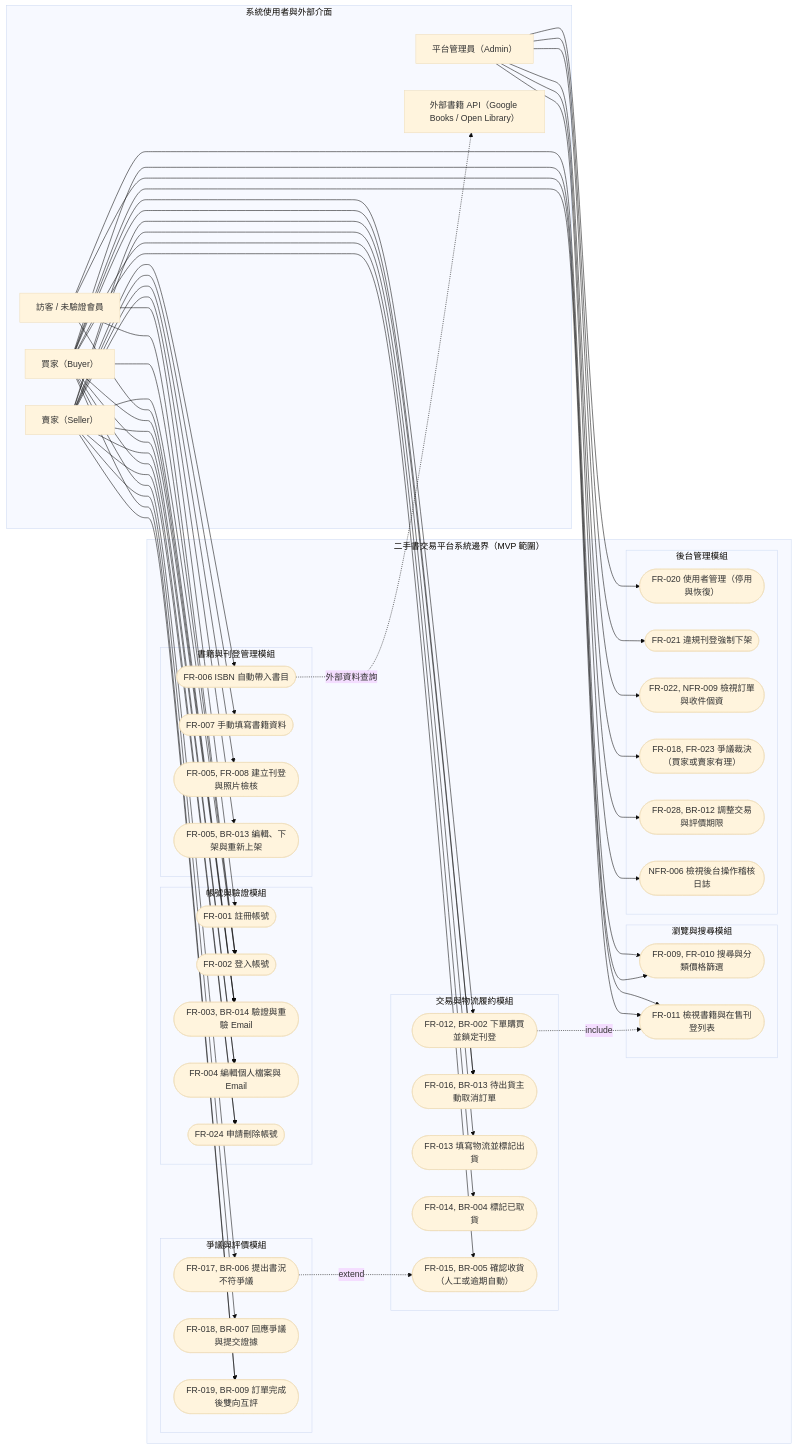
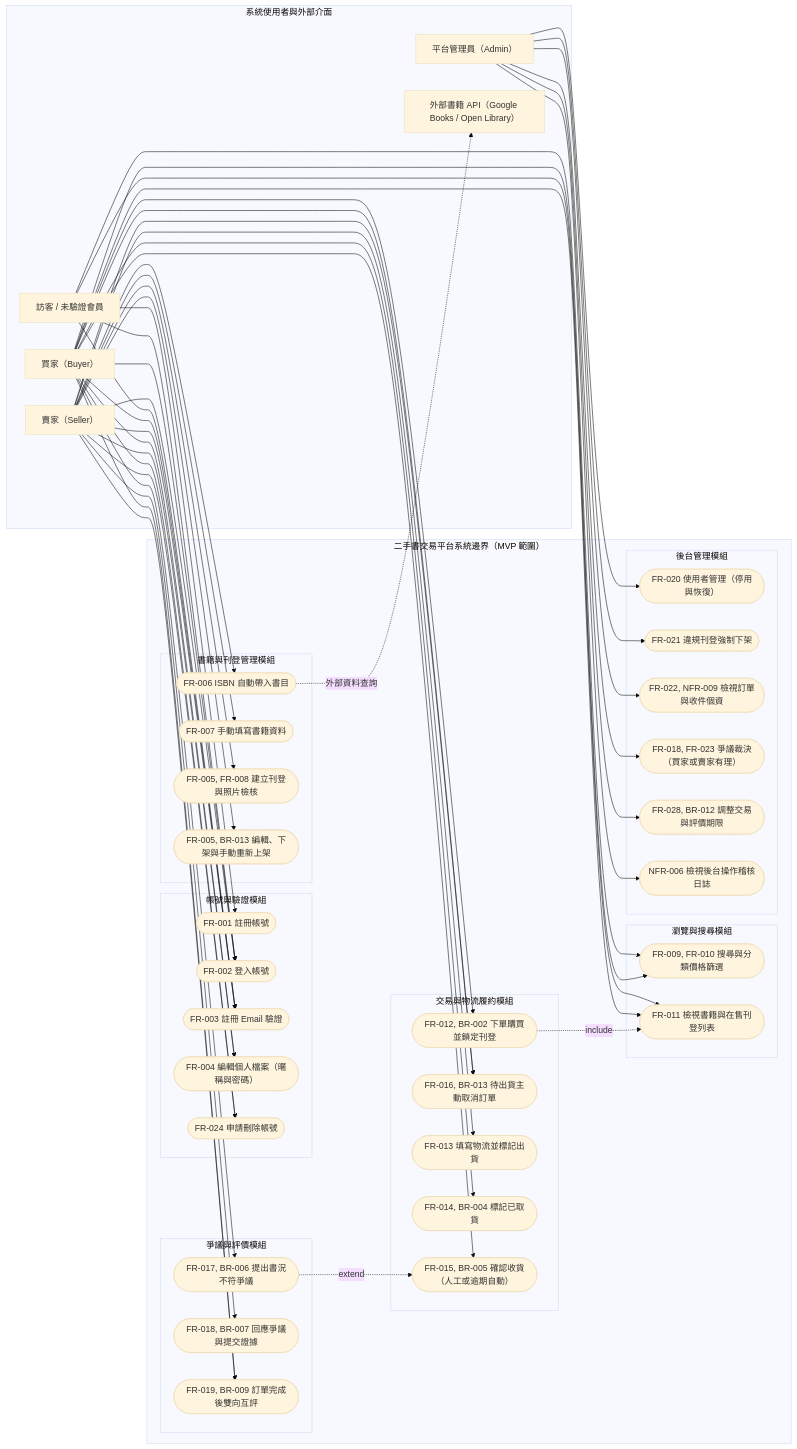
One commit to hsiang051/NTUST-SE-Project changed the diagram in docs/uml/01_use_case_diagram.mmd. Above: the diagram before and after it, drawn with Mermaid (base theme). The commit also changed 5 other files, not shown here.

First line of the commit message:
docs: 更新二手書交易平台 UML 架構規格文件至 v1.1

```diff
--- a/docs/uml/01_use_case_diagram.mmd
+++ b/docs/uml/01_use_case_diagram.mmd
@@ -1,99 +1,99 @@
 flowchart LR
     %% Actors 定義
     subgraph Actors ["系統使用者與外部介面"]
         Guest["訪客 / 未驗證會員"]
         Buyer["買家（Buyer）"]
         Seller["賣家（Seller）"]
         Admin["平台管理員（Admin）"]
         BookAPI["外部書籍 API（Google Books / Open Library）"]
     end
 
     %% System Boundary 定義
     subgraph SystemBoundary ["二手書交易平台系統邊界（MVP 範圍）"]
         subgraph AccountModule ["帳號與驗證模組"]
             UC01(["FR-001 註冊帳號"])
             UC02(["FR-002 登入帳號"])
-            UC03(["FR-003, BR-014 驗證與重驗 Email"])
-            UC04(["FR-004 編輯個人檔案與 Email"])
+            UC03(["FR-003 註冊 Email 驗證"])
+            UC04(["FR-004 編輯個人檔案（暱稱與密碼）"])
             UC05(["FR-024 申請刪除帳號"])
         end
 
         subgraph BrowseModule ["瀏覽與搜尋模組"]
             UC06(["FR-009, FR-010 搜尋與分類價格篩選"])
             UC07(["FR-011 檢視書籍與在售刊登列表"])
         end
 
         subgraph ListingModule ["書籍與刊登管理模組"]
             UC08(["FR-006 ISBN 自動帶入書目"])
             UC09(["FR-007 手動填寫書籍資料"])
             UC10(["FR-005, FR-008 建立刊登與照片檢核"])
-            UC11(["FR-005, BR-013 編輯、下架與重新上架"])
+            UC11(["FR-005, BR-013 編輯、下架與手動重新上架"])
         end
 
         subgraph OrderModule ["交易與物流履約模組"]
             UC12(["FR-012, BR-002 下單購買並鎖定刊登"])
             UC13(["FR-016, BR-013 待出貨主動取消訂單"])
             UC14(["FR-013 填寫物流並標記出貨"])
             UC15(["FR-014, BR-004 標記已取貨"])
             UC16(["FR-015, BR-005 確認收貨（人工或逾期自動）"])
         end
 
         subgraph AfterSalesModule ["爭議與評價模組"]
             UC17(["FR-017, BR-006 提出書況不符爭議"])
             UC18(["FR-018, BR-007 回應爭議與提交證據"])
             UC19(["FR-019, BR-009 訂單完成後雙向互評"])
         end
 
         subgraph AdminModule ["後台管理模組"]
             UC20(["FR-020 使用者管理（停用與恢復）"])
             UC21(["FR-021 違規刊登強制下架"])
             UC22(["FR-022, NFR-009 檢視訂單與收件個資"])
             UC23(["FR-018, FR-023 爭議裁決（買家或賣家有理）"])
             UC24(["FR-028, BR-012 調整交易與評價期限"])
             UC25(["NFR-006 檢視後台操作稽核日誌"])
         end
     end
 
     %% Actor 關聯連線
     Guest --> UC01
     Guest --> UC02
     Guest --> UC03
     Guest --> UC06
     Guest --> UC07
 
     Buyer --> UC02
     Buyer --> UC03
     Buyer --> UC04
     Buyer --> UC05
     Buyer --> UC06
     Buyer --> UC07
     Buyer --> UC12
     Buyer --> UC13
     Buyer --> UC15
     Buyer --> UC16
     Buyer --> UC17
     Buyer --> UC19
 
     Seller --> UC02
     Seller --> UC03
     Seller --> UC04
     Seller --> UC05
     Seller --> UC08
     Seller --> UC09
     Seller --> UC10
     Seller --> UC11
     Seller --> UC13
     Seller --> UC14
     Seller --> UC18
     Seller --> UC19
 
     Admin --> UC20
     Admin --> UC21
     Admin --> UC22
     Admin --> UC23
     Admin --> UC24
     Admin --> UC25
 
     UC08 -.->|外部資料查詢| BookAPI
     UC12 -.->|include| UC07
     UC17 -.->|extend| UC16
```
